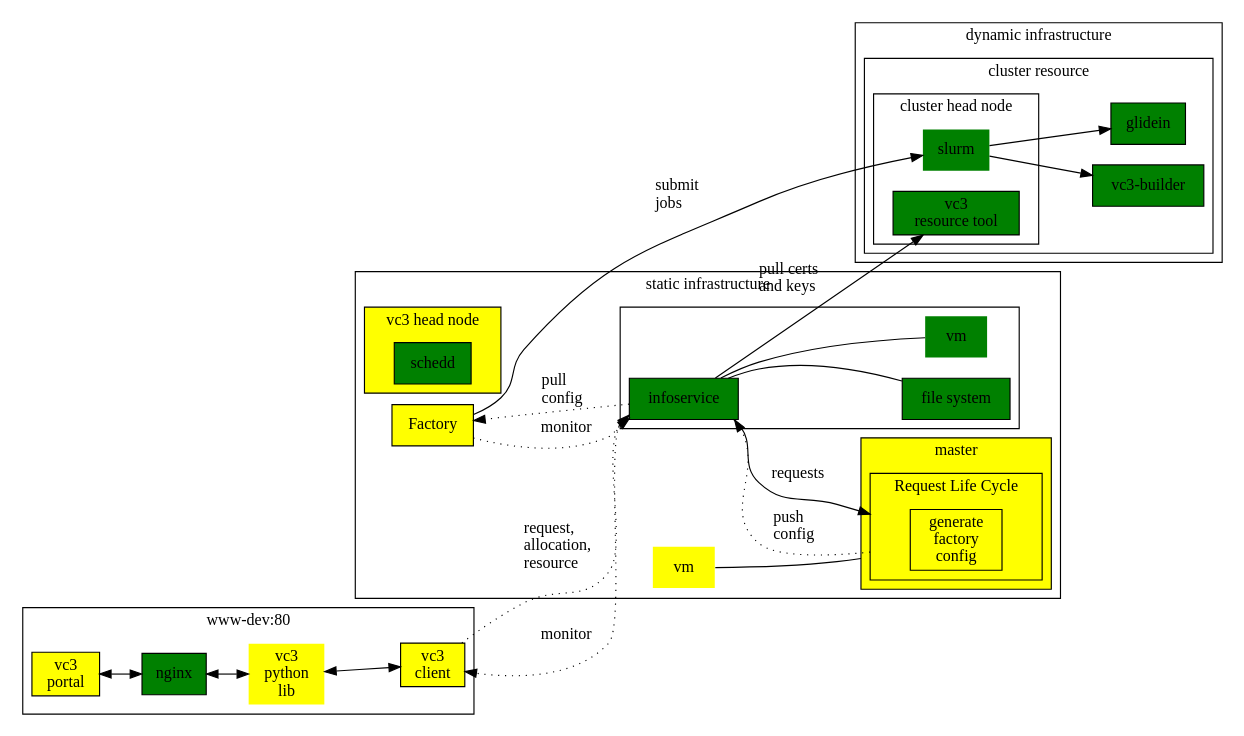
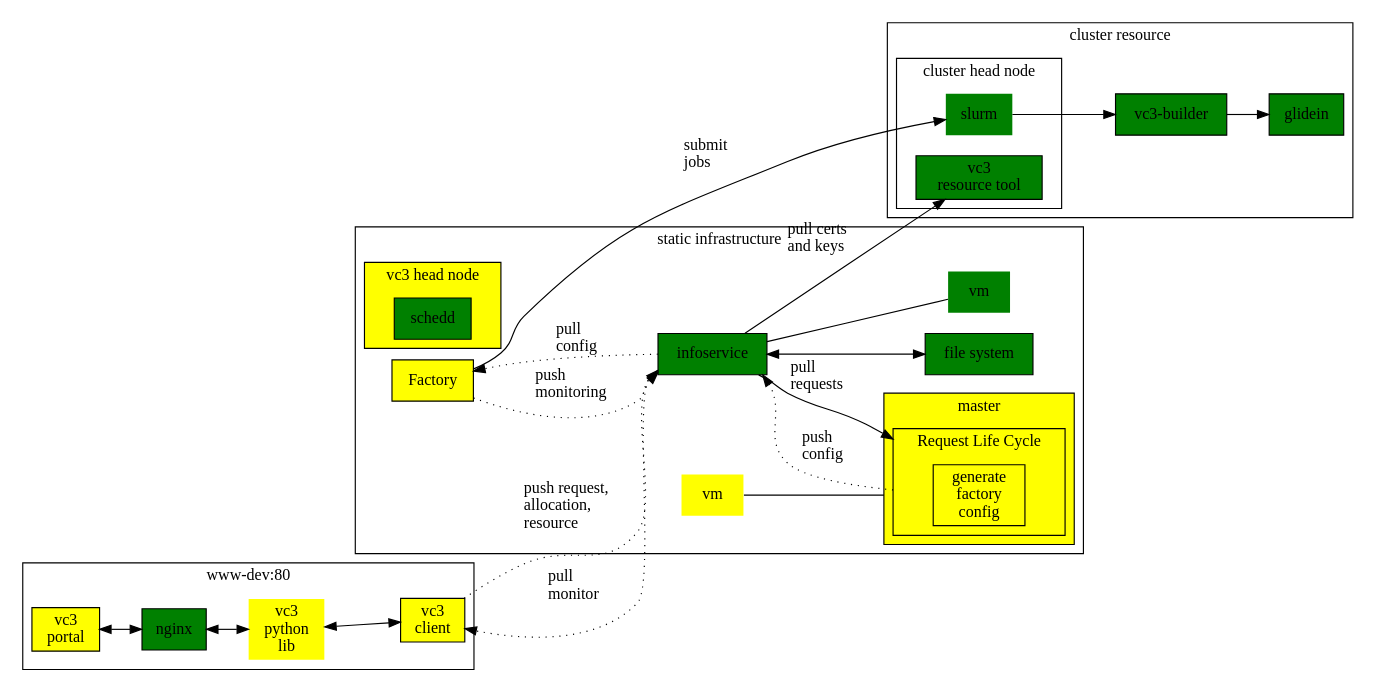
The diagram in diagrams/all_semaphore_092017.dot (vc3-project/vc3-docs), drawn with Graphviz before and after one commit.

Commit message:
updates after meeting

```diff
--- a/diagrams/all_semaphore_092017.dot
+++ b/diagrams/all_semaphore_092017.dot
@@ -1,99 +1,100 @@
 digraph vc3 {
     compound    = true;
     #concentrate = true;
     labelloc    = "tl";
     rankdir     = "LR";
 
     node [shape=box, style=filled];
 
 
     subgraph cluster_web {
         label = "www-dev:80";
 
         nginx         [fillcolor=green];
         vc3lib_web    [label = "vc3\npython\nlib"][shape="none"][fillcolor = yellow];
         vc3client_web [label = "vc3\nclient"][fillcolor = yellow];
 
         portal        [label = "vc3\nportal"][fillcolor = yellow];
 
         nginx         -> vc3lib_web    [dir = both];
         vc3lib_web    -> vc3client_web [dir = both];
 
         portal        -> nginx         [dir = both];
     }
 
     subgraph cluster_static {
         label = "static infrastructure";
 
         vmmaster     [label = "vm"][shape = none][fillcolor = yellow];
         apf          [label = "Factory"][fillcolor = yellow];
 
         subgraph cluster_infoservice {
             label     = "";
+            style     = invis;
             infoservice  [fillcolor = green];
             fsinfo       [label="file system"][fillcolor = green];
             vminfo       [label = "vm"][shape = none][fillcolor = green];
 
-            infoservice   -> vminfo     [dir = none];
-            infoservice  -> fsinfo [dir = none];
+            infoservice  -> vminfo  [dir = none];
+            infoservice  -> fsinfo  [dir = both];
         }
 
         subgraph cluster_headnode {
             style     = filled;
             fillcolor = yellow;
 
             label = "vc3 head node";
             
             schedd [ label = "schedd" ][ fillcolor = "green" ];
         }
 
         subgraph cluster_master {
             style     = filled;
             fillcolor = yellow;
 
             label = "master";
 
             subgraph cluster_request_lc
                 {
                     label = "Request Life Cycle";
                     fillcolor = yellow;
                     genconf [label = "generate\nfactory\nconfig"][fillcolor = yellow];
                 }
         }
 
-        infoservice  -> genconf      [label = "\n\n\n\n\nrequests", lhead = cluster_request_lc];
+        infoservice  -> genconf      [label = "pull\lrequests\l", lhead = cluster_request_lc];
         genconf      -> infoservice  [label = "push\lconfig\l", ltail = cluster_request_lc, style = dotted];
 
-        infoservice  -> apf         [label = "\npull\lconfig\l"][style = dotted];
-        apf          -> infoservice [label = "monitor"][style = dotted];
+        infoservice  -> apf         [label = "pull\lconfig\l"][style = dotted];
+        apf          -> infoservice [label = "push\lmonitoring\l"][style = dotted];
 
         vmmaster     -> genconf     [lhead = cluster_master][dir = none];
     }
 
     subgraph cluster_dynamic {
         label = "dynamic infrastructure";
-
-        subgraph cluster_resource {
-            label = "cluster resource";
-
-            subgraph cluster_resource_head_node {
-                label = "cluster head node";
-                vc3resourcetool [label = "vc3\nresource tool"][fillcolor = green];
-                slurm           [shape = none][fillcolor = green];
-            }
-
-            vc3builder   [label = "vc3-builder"][fillcolor = green];
-            glidein      [fillcolor = green];
-
-            slurm        -> vc3builder;
-            slurm        -> glidein;
-        }
     }
 
-    vc3client_web -> infoservice   [ label = "request,\lallocation,\lresource\l" ][style = dotted];
-    infoservice   -> vc3client_web [ label = "\nmonitor" ][style = dotted];
+    subgraph cluster_resource {
+        label = "cluster resource";
+
+        subgraph cluster_resource_head_node {
+            label = "cluster head node";
+            vc3resourcetool [label = "vc3\nresource tool"][fillcolor = green];
+            slurm           [shape = none][fillcolor = green];
+        }
+
+        vc3builder   [label = "vc3-builder"][fillcolor = green];
+        glidein      [fillcolor = green];
+
+        slurm        -> vc3builder;
+        vc3builder   -> glidein;
+    }
+
+    vc3client_web -> infoservice   [ label = "push request,\lallocation,\lresource\l" ][style = dotted];
+    infoservice   -> vc3client_web [ label = "pull\lmonitor\l" ][style = dotted];
 
     apf          -> slurm       [label = "\n\nsubmit\ljobs\l"];
 
     infoservice -> vc3resourcetool [label = "\n\n\npull certs\land keys\l"];
 }
```
